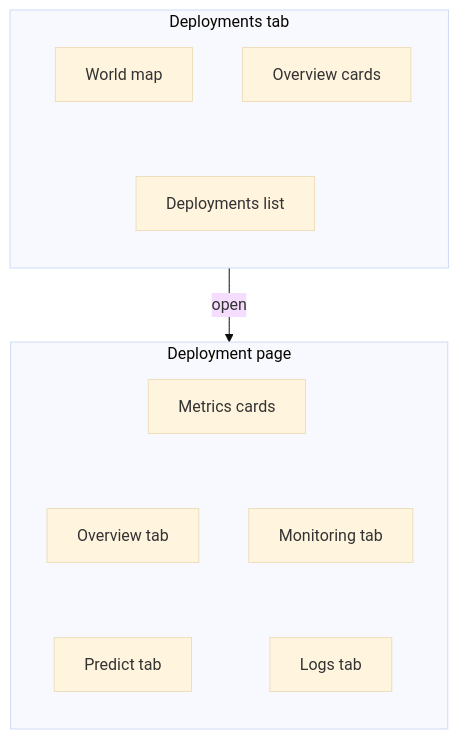
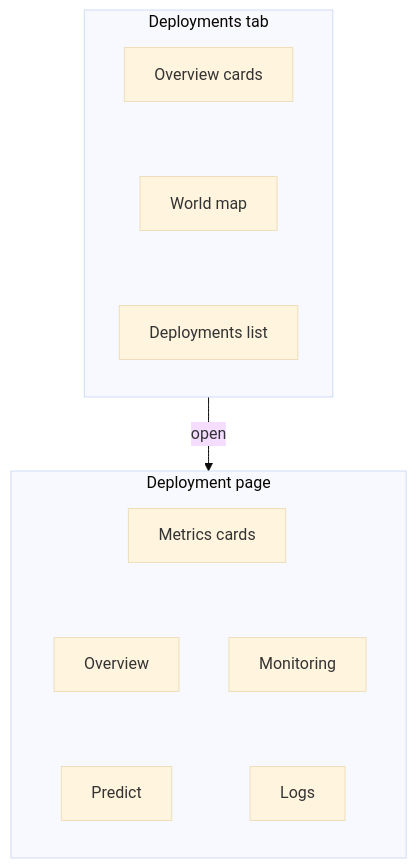
The diagram in docs/en/platform/deploy/monitoring.md (ultralytics/ultralytics), drawn with Mermaid (base theme) before and after one commit. The commit also changed 6 other files, not shown here.

First line of the commit message:
Fit Mermaid diagrams to phone width in the site renderer

````diff
--- a/docs/en/platform/deploy/monitoring.md
+++ b/docs/en/platform/deploy/monitoring.md
@@ -19,16 +19,16 @@
 ```mermaid
 flowchart TD
     subgraph tab["Deployments tab"]
         direction TB
-        A[World map] ~~~ C[Deployments list]
-        B[Overview cards] ~~~ C
+        A[Overview cards] ~~~ B[World map]
+        B ~~~ C[Deployments list]
     end
     subgraph page["Deployment page"]
         direction TB
-        D[Metrics cards] ~~~ E[Overview tab]
-        D ~~~ F[Monitoring tab]
-        E ~~~ G[Predict tab]
-        F ~~~ H[Logs tab]
+        D[Metrics cards] ~~~ E[Overview]
+        D ~~~ F[Monitoring]
+        E ~~~ G[Predict]
+        F ~~~ H[Logs]
     end
     tab -->|open| page
 ```
````
